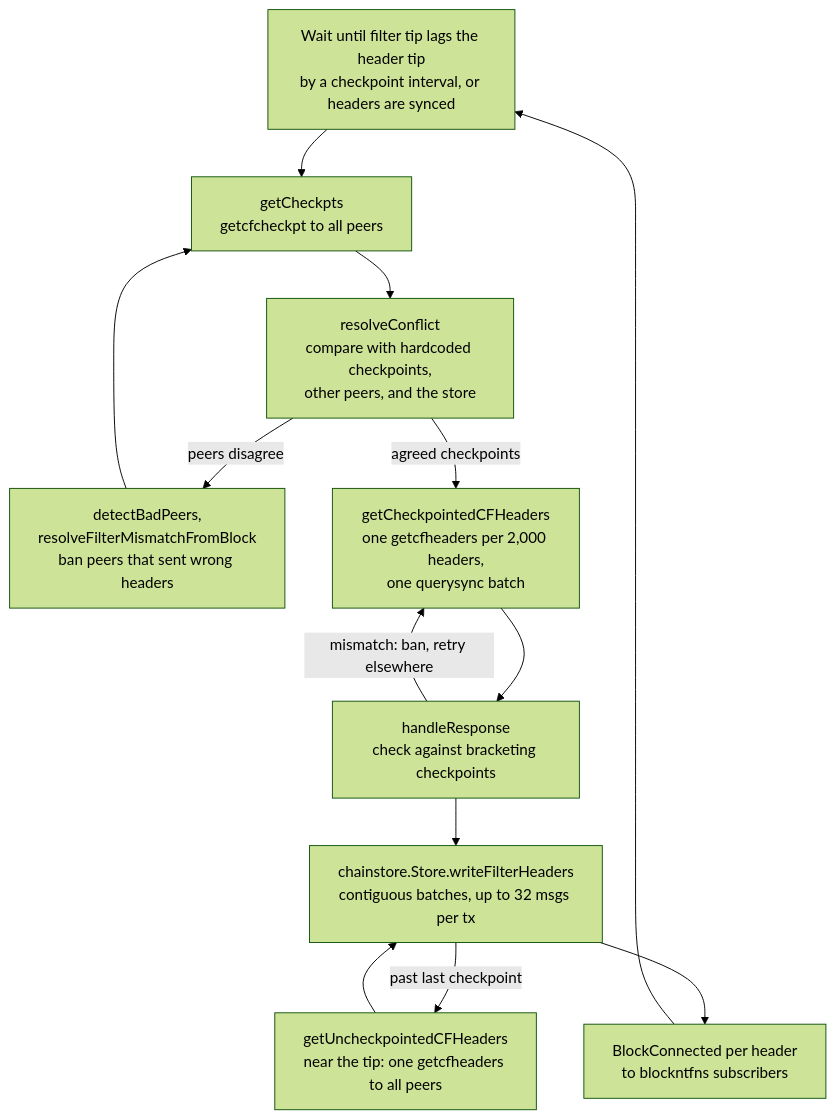
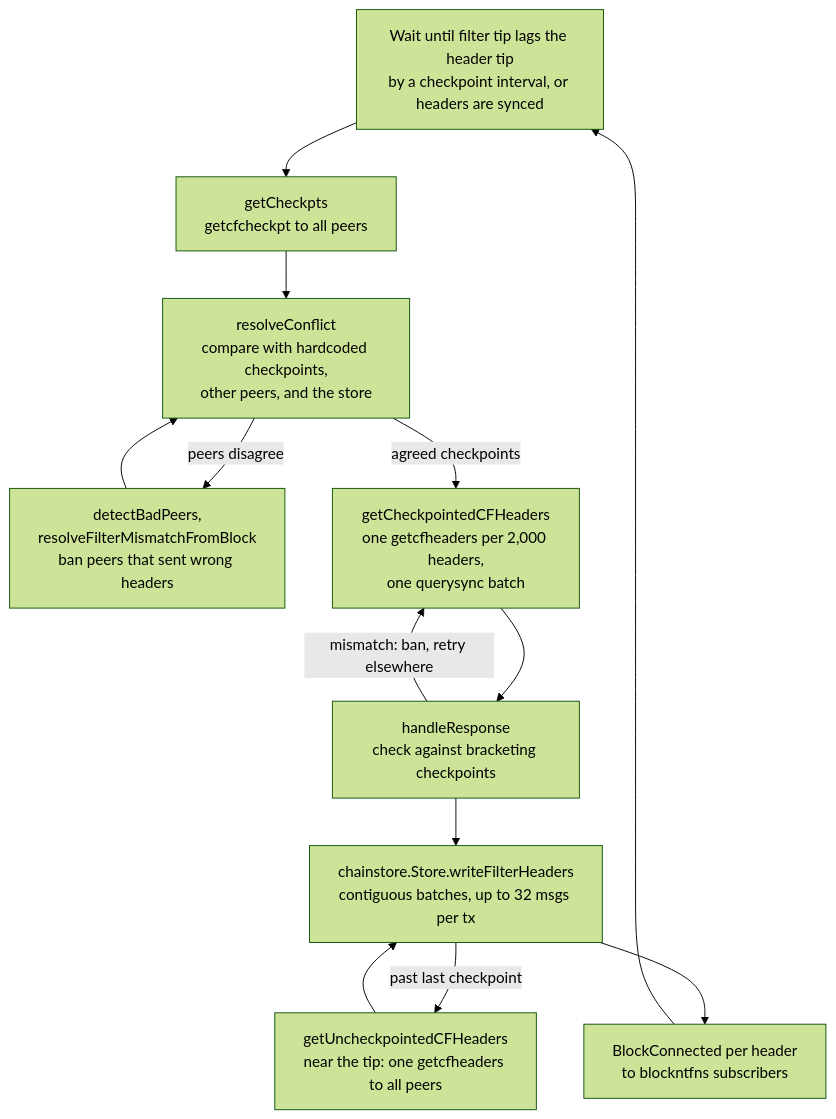
The seventh of 9 diagrams in docs/sync-architecture.md (lightninglabs/neutrino), drawn with Mermaid (forest theme) before and after one commit. The commit also changed other lines of this file and 4 other files, not shown here.

First line of the commit message:
docs: add headersync, chainstore and filtersync architecture docs

````diff
--- a/docs/sync-architecture.md
+++ b/docs/sync-architecture.md
@@ -406,20 +442,20 @@
 ```mermaid
 flowchart TB
     wait["Wait until filter tip lags the header tip<br/>by a checkpoint interval, or headers are synced"]
     cp["getCheckpts<br/>getcfcheckpt to all peers"]
     resolve["resolveConflict<br/>compare with hardcoded checkpoints,<br/>other peers, and the store"]
     bad["detectBadPeers,<br/>resolveFilterMismatchFromBlock<br/>ban peers that sent wrong headers"]
     batch["getCheckpointedCFHeaders<br/>one getcfheaders per 2,000 headers,<br/>one querysync batch"]
     check["handleResponse<br/>check against bracketing checkpoints"]
     write["chainstore.Store.writeFilterHeaders<br/>contiguous batches, up to 32 msgs per tx"]
     tip["getUncheckpointedCFHeaders<br/>near the tip: one getcfheaders to all peers"]
     ntfn["BlockConnected per header<br/>to blockntfns subscribers"]
 
     wait --> cp --> resolve
-    resolve -- "peers disagree" --> bad --> cp
+    resolve -- "peers disagree" --> bad --> resolve
     resolve -- "agreed checkpoints" --> batch --> check
     check -- "mismatch: ban, retry elsewhere" --> batch
     check --> write --> ntfn
     write -- "past last checkpoint" --> tip --> write
     ntfn --> wait
 ```
````
